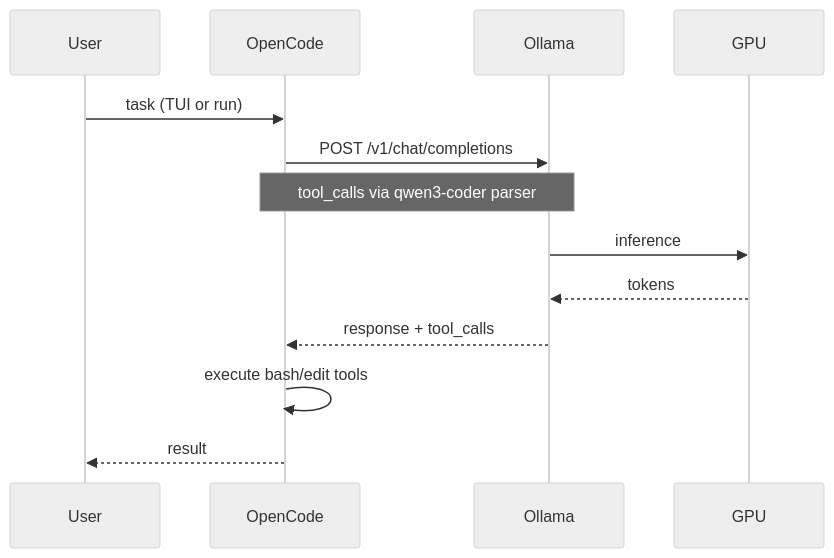
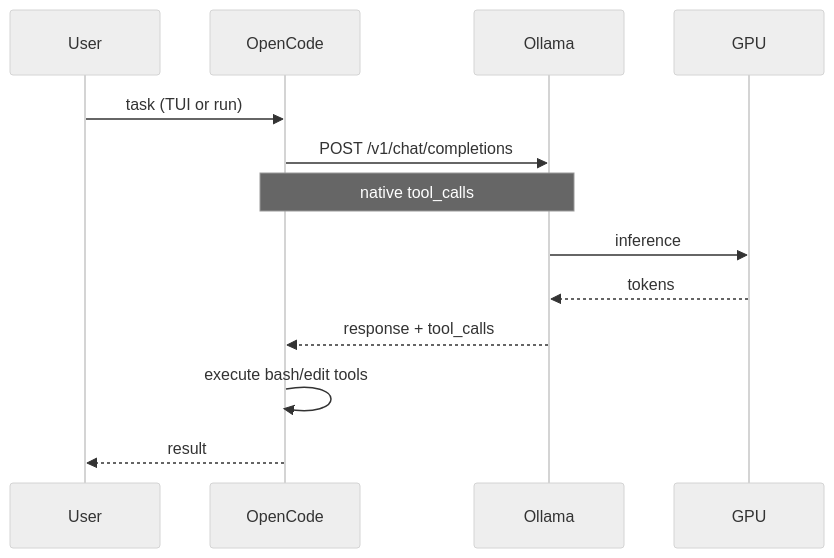
The second of 2 diagrams in docs/architecture.md (brianlechthaler/opencode-3090ti), drawn with Mermaid (neutral theme) before and after one commit. The commit also changed other lines of this file and 12 other files, not shown here.

````diff
--- a/docs/architecture.md
+++ b/docs/architecture.md
@@ -29,16 +29,16 @@
 ```mermaid
 sequenceDiagram
   participant User
   participant OpenCode
   participant Ollama
   participant GPU
 
   User->>OpenCode: task (TUI or run)
   OpenCode->>Ollama: POST /v1/chat/completions
-  Note over OpenCode,Ollama: tool_calls via qwen3-coder parser
+  Note over OpenCode,Ollama: native tool_calls
   Ollama->>GPU: inference
   GPU-->>Ollama: tokens
   Ollama-->>OpenCode: response + tool_calls
   OpenCode->>OpenCode: execute bash/edit tools
   OpenCode-->>User: result
 ```
````
